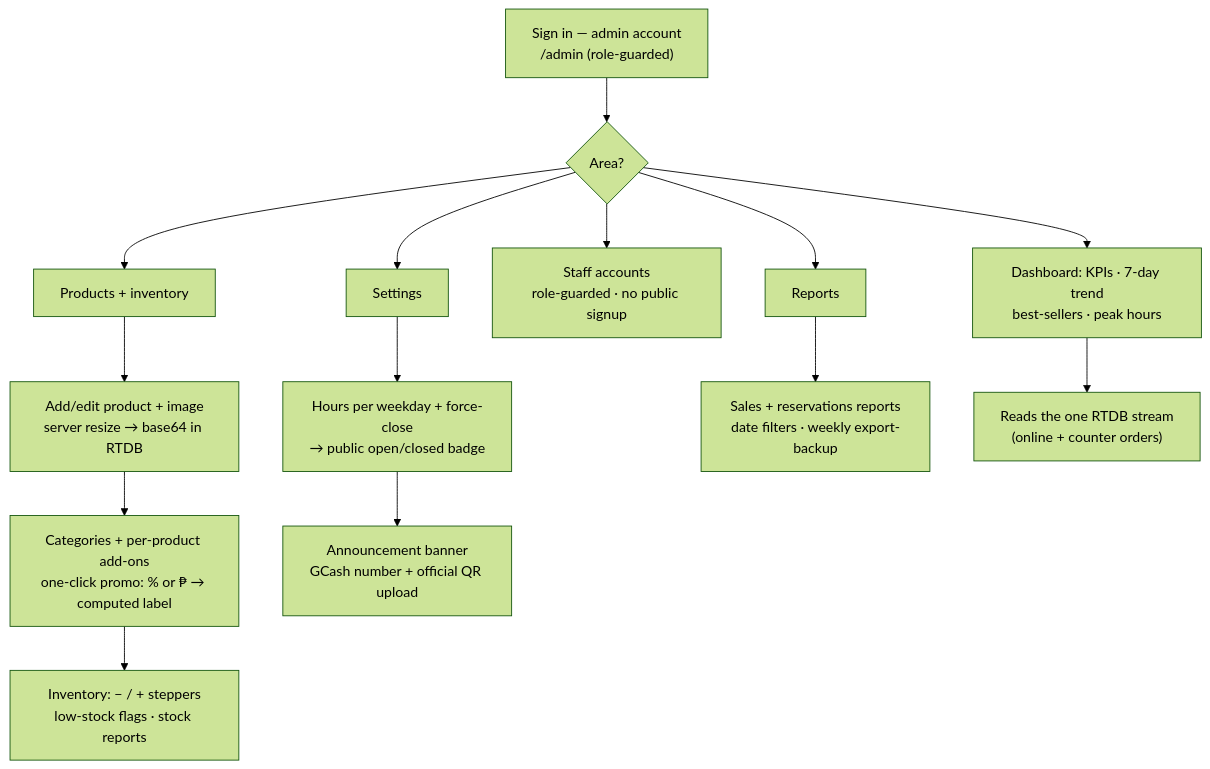
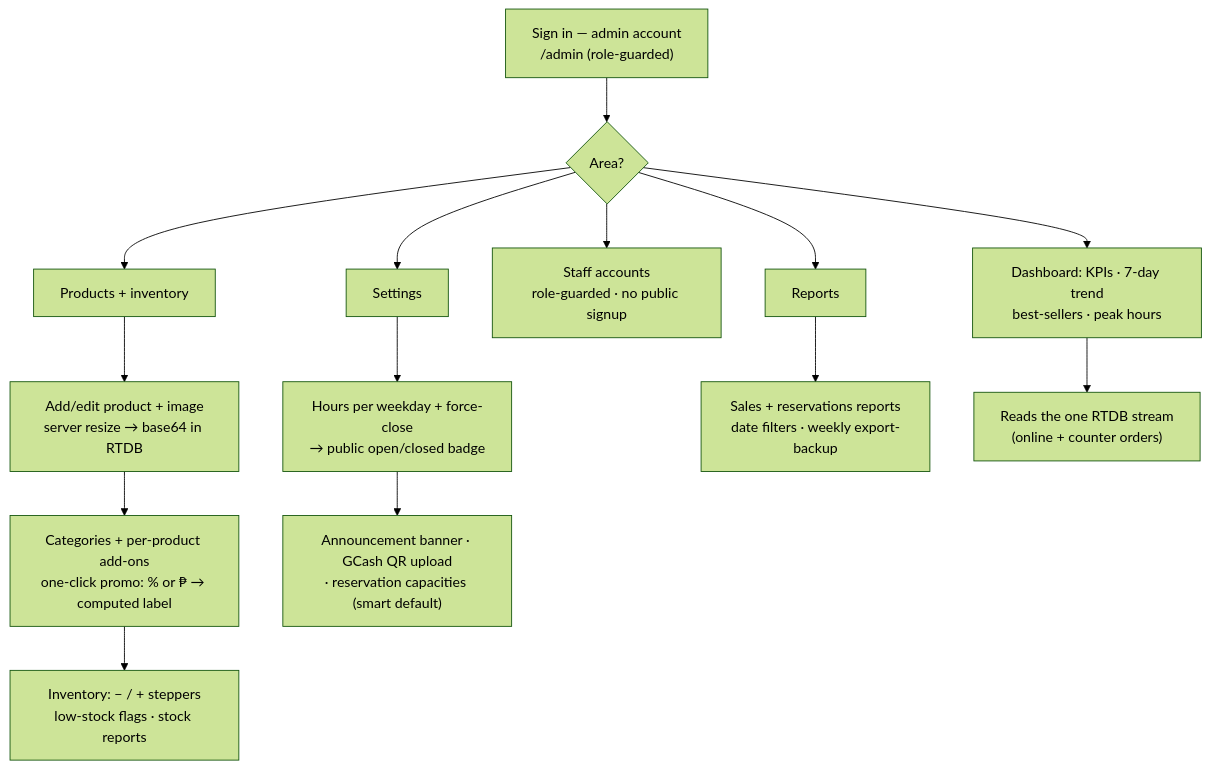
One commit to S1NXIAN/CRNP changed the diagram in docs/flow-charts/admin.md. Above: the diagram before and after it, drawn with Mermaid (forest theme). The commit also changed 5 other files, not shown here.

````diff
--- a/docs/flow-charts/admin.md
+++ b/docs/flow-charts/admin.md
@@ -3,16 +3,16 @@
 ```mermaid
 flowchart TD
     A["Sign in — admin account<br/>/admin (role-guarded)"] --> B{"Area?"}
     B --> C["Dashboard: KPIs · 7-day trend<br/>best-sellers · peak hours"]
     B --> D["Products + inventory"]
     B --> SA["Staff accounts<br/>role-guarded · no public signup"]
     B --> E["Settings"]
     B --> F["Reports"]
     D --> D1["Add/edit product + image<br/>server resize → base64 in RTDB"]
     D1 --> D2["Categories + per-product add-ons<br/>one-click promo: % or ₱ → computed label"]
     D2 --> D3["Inventory: − / + steppers<br/>low-stock flags · stock reports"]
     E --> E1["Hours per weekday + force-close<br/>→ public open/closed badge"]
-    E1 --> E2["Announcement banner<br/>GCash number + official QR upload"]
+    E1 --> E2["Announcement banner · GCash QR upload<br/>· reservation capacities (smart default)"]
     F --> F1["Sales + reservations reports<br/>date filters · weekly export-backup"]
     C --> G["Reads the one RTDB stream<br/>(online + counter orders)"]
 ```
````
